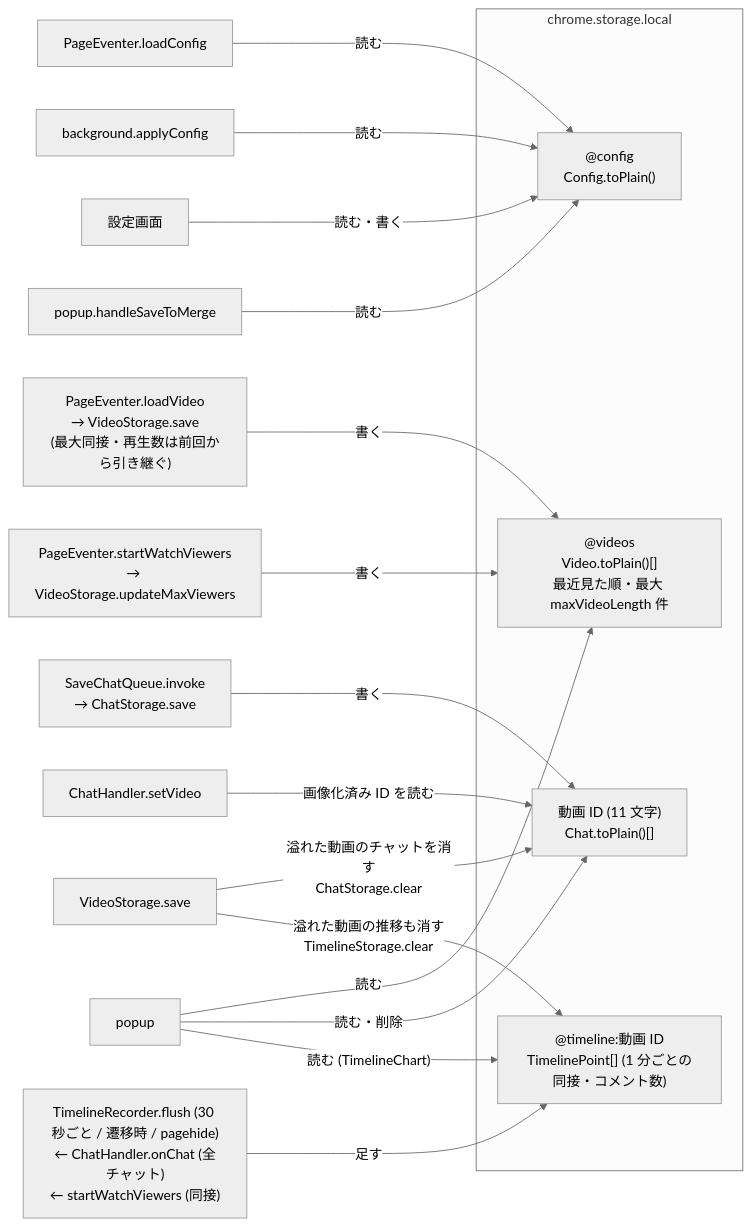
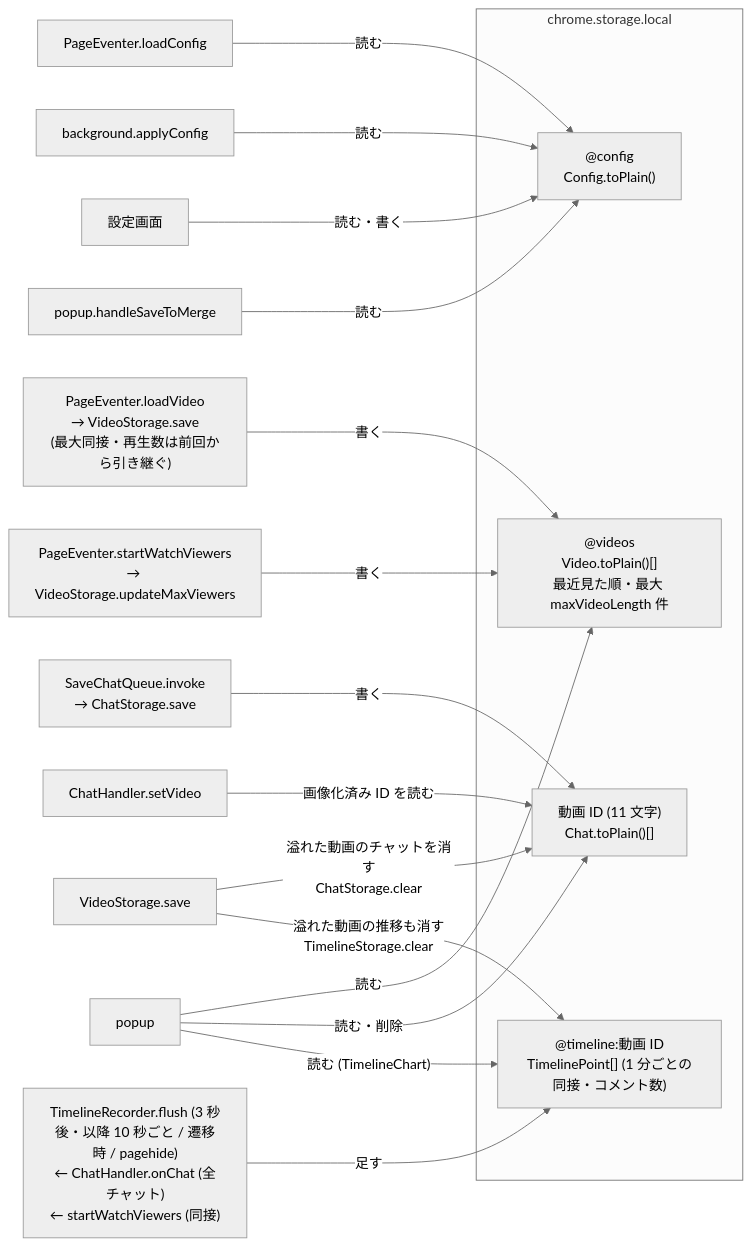
One commit to mbs-code/youtube_chat_recorder changed diagram 13 of 14 in ARCHITECTURE.md. Above: the diagram before and after it, drawn with Mermaid (neutral theme). The commit also changed other lines of this file and 4 other files, not shown here.

````diff
--- a/ARCHITECTURE.md
+++ b/ARCHITECTURE.md
@@ -416,27 +416,27 @@
 ```mermaid
 flowchart LR
   subgraph S["chrome.storage.local"]
     K1["@config<br/>Config.toPlain()"]
     K2["@videos<br/>Video.toPlain()[]<br/>最近見た順・最大 maxVideoLength 件"]
     K3["動画 ID (11 文字)<br/>Chat.toPlain()[]"]
     K4["@timeline:動画 ID<br/>TimelinePoint[] (1 分ごとの同接・コメント数)"]
   end
 
   PE["PageEventer.loadConfig"] -- "読む" --> K1
   BGA["background.applyConfig"] -- "読む" --> K1
   OPT["設定画面"] -- "読む・書く" --> K1
   POPS["popup.handleSaveToMerge"] -- "読む" --> K1
 
   LV["PageEventer.loadVideo<br/>→ VideoStorage.save<br/>(最大同接・再生数は前回から引き継ぐ)"] -- "書く" --> K2
   WV["PageEventer.startWatchViewers<br/>→ VideoStorage.updateMaxViewers"] -- "書く" --> K2
   VSS["VideoStorage.save"] -- "溢れた動画のチャットを消す<br/>ChatStorage.clear" --> K3
   POP["popup"] -- "読む" --> K2
 
   SQ["SaveChatQueue.invoke<br/>→ ChatStorage.save"] -- "書く" --> K3
   CH["ChatHandler.setVideo"] -- "画像化済み ID を読む" --> K3
   POP -- "読む・削除" --> K3
 
-  TR["TimelineRecorder.flush (30 秒ごと / 遷移時 / pagehide)<br/>← ChatHandler.onChat (全チャット)<br/>← startWatchViewers (同接)"] -- "足す" --> K4
+  TR["TimelineRecorder.flush (3 秒後・以降 10 秒ごと / 遷移時 / pagehide)<br/>← ChatHandler.onChat (全チャット)<br/>← startWatchViewers (同接)"] -- "足す" --> K4
   VSS -- "溢れた動画の推移も消す<br/>TimelineStorage.clear" --> K4
   POP -- "読む (TimelineChart)" --> K4
 ```
````
